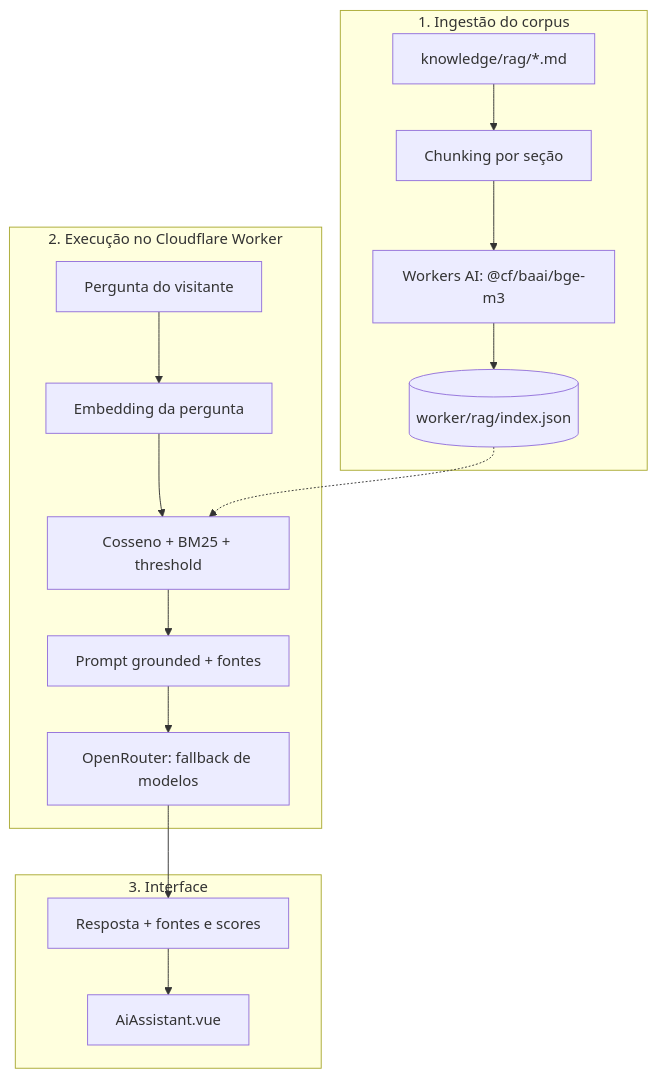
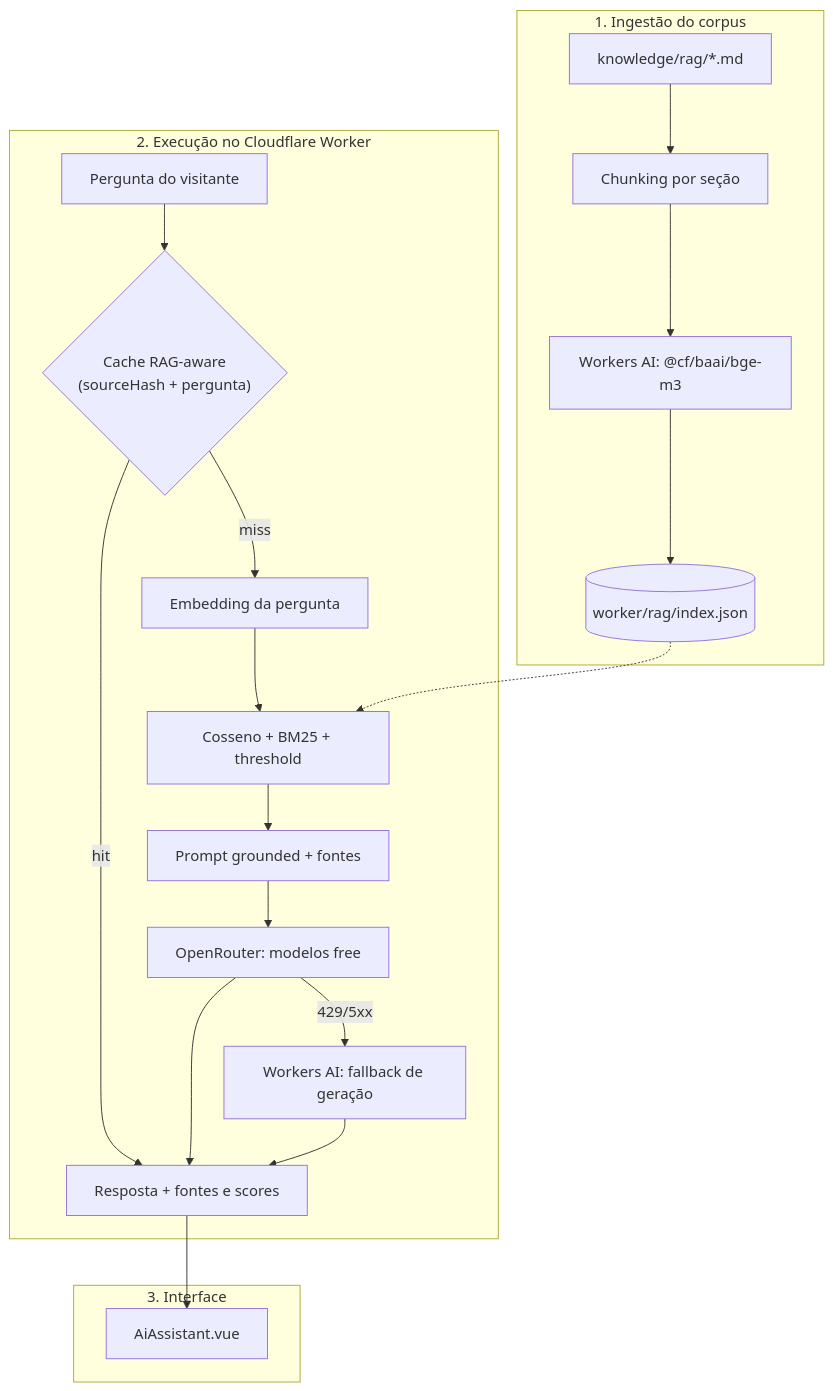
Before and after one commit to ElessandroPrestes/elessandrodev: the diagram in README.md, drawn with Mermaid. The commit also changed other lines of this file and 18 other files, not shown here.

First line of the commit message:
feat(assistente): adiciona fallback de provedor e cache rag-aware

````diff
--- a/README.md
+++ b/README.md
@@ -28,30 +28,37 @@
 ```mermaid
 flowchart TD
     subgraph Ingestion["1. Ingestão do corpus"]
         Corpus["knowledge/rag/*.md"]
         Chunking["Chunking por seção"]
         Embeddings["Workers AI: @cf/baai/bge-m3"]
         Index[("worker/rag/index.json")]
 
         Corpus --> Chunking --> Embeddings --> Index
     end
 
     subgraph Runtime["2. Execução no Cloudflare Worker"]
         UserQuery["Pergunta do visitante"]
+        Cache{"Cache RAG-aware\n(sourceHash + pergunta)"}
         QueryEmbedding["Embedding da pergunta"]
         Retrieval["Cosseno + BM25 + threshold"]
         Prompt["Prompt grounded + fontes"]
-        OpenRouter["OpenRouter: fallback de modelos"]
+        OpenRouter["OpenRouter: modelos free"]
+        WorkersAI["Workers AI: fallback de geração"]
 
-        UserQuery --> QueryEmbedding --> Retrieval
+        UserQuery --> Cache
+        Cache -- hit --> Sources
+        Cache -- miss --> QueryEmbedding --> Retrieval
         Index -.-> Retrieval
         Retrieval --> Prompt --> OpenRouter
+        OpenRouter -- 429/5xx --> WorkersAI
+        OpenRouter --> Sources
+        WorkersAI --> Sources
     end
 
     subgraph UI["3. Interface"]
         ChatUI["AiAssistant.vue"]
         Sources["Resposta + fontes e scores"]
 
-        OpenRouter --> Sources --> ChatUI
+        Sources --> ChatUI
     end
 ```
````
